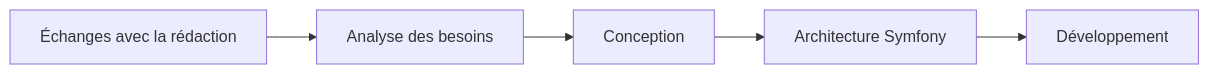
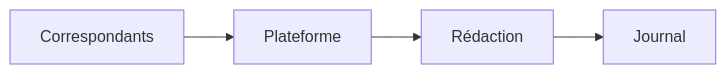
Before and after one commit to Marc-MOSCA-42-Lyon-Auvergne-Rhone-Alpes/peer-video: the second of 3 diagrams in slides.md, drawn with Mermaid. The commit also changed other lines of this file, not shown here.

````diff
--- a/slides.md
+++ b/slides.md
@@ -133,12 +83,10 @@
 ```mermaid
 flowchart LR
 
-A[Échanges avec la rédaction]
---> B[Analyse des besoins]
+A[Correspondants]
+--> B[Plateforme]
 
-B --> C[Conception]
+B --> C[Rédaction]
 
-C --> D[Architecture Symfony]
-
-D --> E[Développement]
+C --> D[Journal]
 ```
````
